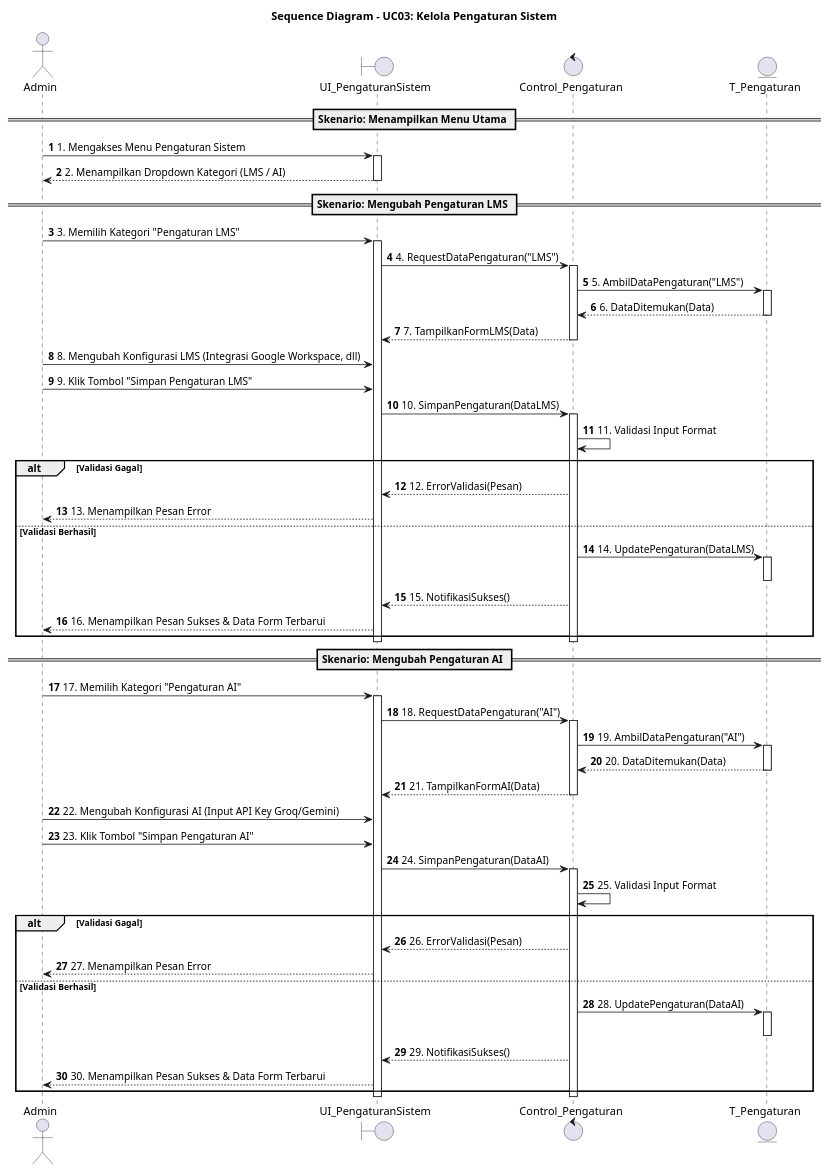
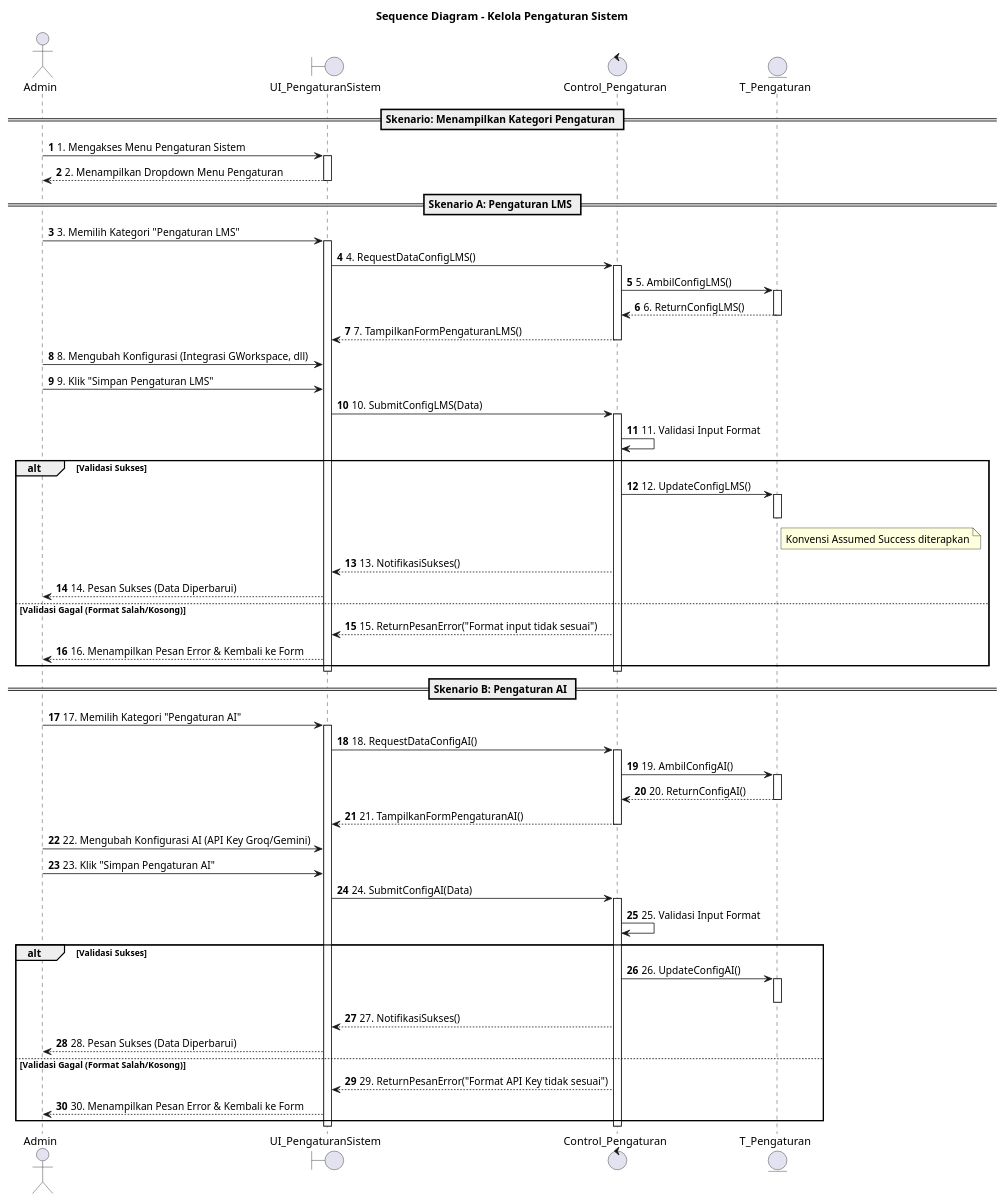
The diagram in docs/flow/sequence-kelola-pengaturan-sistem.puml (shendelzare7sw/sipaduhok), drawn with PlantUML before and after one commit. The commit also changed 66 other files, not shown here.

```diff
--- a/docs/flow/sequence-kelola-pengaturan-sistem.puml
+++ b/docs/flow/sequence-kelola-pengaturan-sistem.puml
@@ -1,84 +1,79 @@
 @startuml
-title Sequence Diagram - UC03: Kelola Pengaturan Sistem
+title Sequence Diagram - Kelola Pengaturan Sistem
 autonumber
 
 actor "Admin" as Admin
 boundary "UI_PengaturanSistem" as UI
 control "Control_Pengaturan" as Control
-entity "T_Pengaturan" as Entity
+entity "T_Pengaturan" as E_Config
 
-== Skenario: Menampilkan Menu Utama ==
-
+== Skenario: Menampilkan Kategori Pengaturan ==
 Admin -> UI : 1. Mengakses Menu Pengaturan Sistem
 activate UI
-UI --> Admin : 2. Menampilkan Dropdown Kategori (LMS / AI)
+UI --> Admin : 2. Menampilkan Dropdown Menu Pengaturan
 deactivate UI
 
-== Skenario: Mengubah Pengaturan LMS ==
-
+== Skenario A: Pengaturan LMS ==
 Admin -> UI : 3. Memilih Kategori "Pengaturan LMS"
 activate UI
-UI -> Control : 4. RequestDataPengaturan("LMS")
+UI -> Control : 4. RequestDataConfigLMS()
 activate Control
-Control -> Entity : 5. AmbilDataPengaturan("LMS")
-activate Entity
-Entity --> Control : 6. DataDitemukan(Data)
-deactivate Entity
-Control --> UI : 7. TampilkanFormLMS(Data)
+Control -> E_Config : 5. AmbilConfigLMS()
+activate E_Config
+E_Config --> Control : 6. ReturnConfigLMS()
+deactivate E_Config
+Control --> UI : 7. TampilkanFormPengaturanLMS()
 deactivate Control
 
-Admin -> UI : 8. Mengubah Konfigurasi LMS (Integrasi Google Workspace, dll)
-Admin -> UI : 9. Klik Tombol "Simpan Pengaturan LMS"
-UI -> Control : 10. SimpanPengaturan(DataLMS)
+Admin -> UI : 8. Mengubah Konfigurasi (Integrasi GWorkspace, dll)
+Admin -> UI : 9. Klik "Simpan Pengaturan LMS"
+UI -> Control : 10. SubmitConfigLMS(Data)
 activate Control
 
 Control -> Control : 11. Validasi Input Format
-alt Validasi Gagal
-    Control --> UI : 12. ErrorValidasi(Pesan)
-    UI --> Admin : 13. Menampilkan Pesan Error
-else Validasi Berhasil
-    Control -> Entity : 14. UpdatePengaturan(DataLMS)
-    activate Entity
-    deactivate Entity
-    
-    Control --> UI : 15. NotifikasiSukses()
-    UI --> Admin : 16. Menampilkan Pesan Sukses & Data Form Terbarui
+alt Validasi Sukses
+    Control -> E_Config : 12. UpdateConfigLMS()
+    activate E_Config
+    deactivate E_Config
+    note right of E_Config : Konvensi Assumed Success diterapkan
+    Control --> UI : 13. NotifikasiSukses()
+    UI --> Admin : 14. Pesan Sukses (Data Diperbarui)
+else Validasi Gagal (Format Salah/Kosong)
+    Control --> UI : 15. ReturnPesanError("Format input tidak sesuai")
+    UI --> Admin : 16. Menampilkan Pesan Error & Kembali ke Form
 end
 deactivate Control
 deactivate UI
 
-
-== Skenario: Mengubah Pengaturan AI ==
-
+== Skenario B: Pengaturan AI ==
 Admin -> UI : 17. Memilih Kategori "Pengaturan AI"
 activate UI
-UI -> Control : 18. RequestDataPengaturan("AI")
+UI -> Control : 18. RequestDataConfigAI()
 activate Control
-Control -> Entity : 19. AmbilDataPengaturan("AI")
-activate Entity
-Entity --> Control : 20. DataDitemukan(Data)
-deactivate Entity
-Control --> UI : 21. TampilkanFormAI(Data)
+Control -> E_Config : 19. AmbilConfigAI()
+activate E_Config
+E_Config --> Control : 20. ReturnConfigAI()
+deactivate E_Config
+Control --> UI : 21. TampilkanFormPengaturanAI()
 deactivate Control
 
-Admin -> UI : 22. Mengubah Konfigurasi AI (Input API Key Groq/Gemini)
-Admin -> UI : 23. Klik Tombol "Simpan Pengaturan AI"
-UI -> Control : 24. SimpanPengaturan(DataAI)
+Admin -> UI : 22. Mengubah Konfigurasi AI (API Key Groq/Gemini)
+Admin -> UI : 23. Klik "Simpan Pengaturan AI"
+UI -> Control : 24. SubmitConfigAI(Data)
 activate Control
 
 Control -> Control : 25. Validasi Input Format
-alt Validasi Gagal
-    Control --> UI : 26. ErrorValidasi(Pesan)
-    UI --> Admin : 27. Menampilkan Pesan Error
-else Validasi Berhasil
-    Control -> Entity : 28. UpdatePengaturan(DataAI)
-    activate Entity
-    deactivate Entity
-    
-    Control --> UI : 29. NotifikasiSukses()
-    UI --> Admin : 30. Menampilkan Pesan Sukses & Data Form Terbarui
+alt Validasi Sukses
+    Control -> E_Config : 26. UpdateConfigAI()
+    activate E_Config
+    deactivate E_Config
+    Control --> UI : 27. NotifikasiSukses()
+    UI --> Admin : 28. Pesan Sukses (Data Diperbarui)
+else Validasi Gagal (Format Salah/Kosong)
+    Control --> UI : 29. ReturnPesanError("Format API Key tidak sesuai")
+    UI --> Admin : 30. Menampilkan Pesan Error & Kembali ke Form
 end
 deactivate Control
 deactivate UI
 
 @enduml
```
